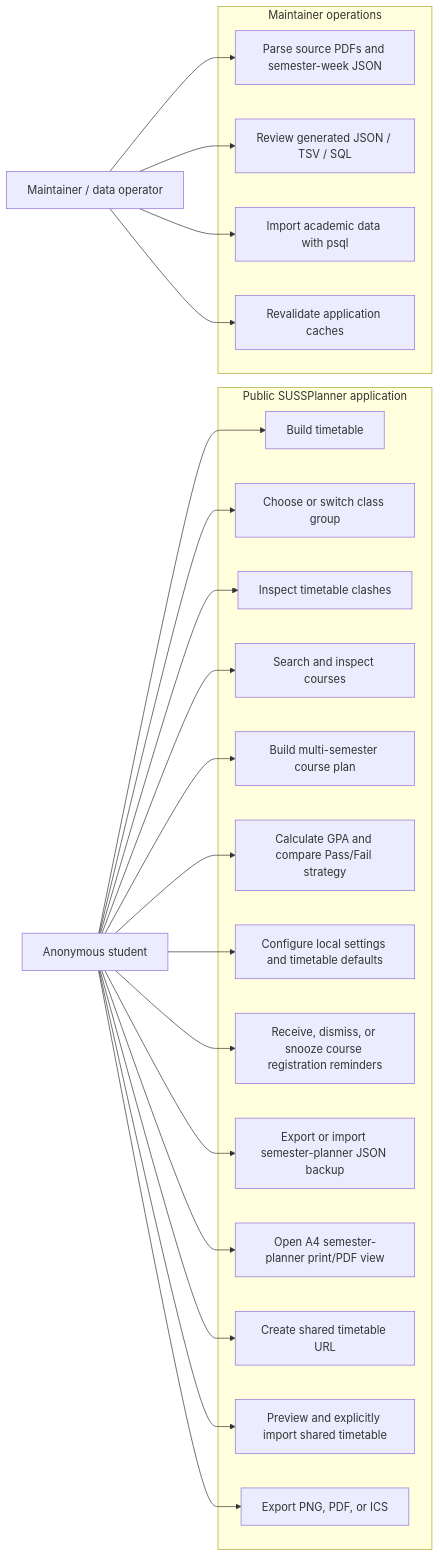
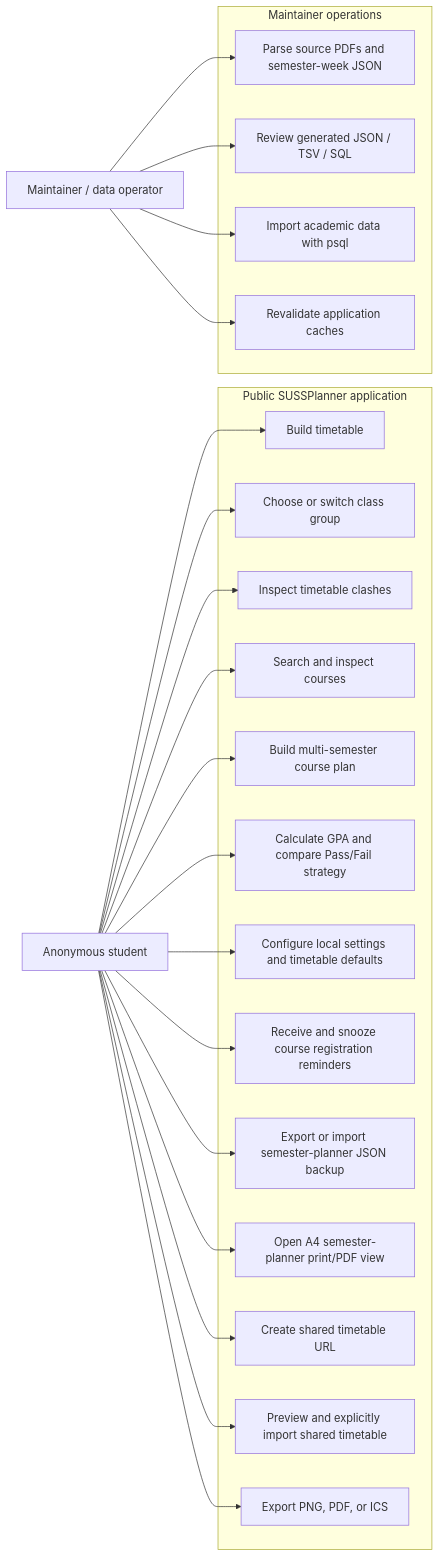
The third of 18 diagrams in docs/DeveloperGuide.md (lester-td/SUSSplanner), drawn with Mermaid before and after one commit. The commit also changed other lines of this file and 7 other files, not shown here.

````diff
--- a/docs/DeveloperGuide.md
+++ b/docs/DeveloperGuide.md
@@ -538,47 +538,47 @@
 ```mermaid
 flowchart LR
     Student["Anonymous student"]
     Maintainer["Maintainer / data operator"]
 
     subgraph PublicApp["Public SUSSPlanner application"]
         Build["Build timetable"]
         Resolve["Choose or switch class group"]
         Clash["Inspect timetable clashes"]
         Search["Search and inspect courses"]
         Study["Build multi-semester course plan"]
         GPA["Calculate GPA and compare Pass/Fail strategy"]
         Settings["Configure local settings and timetable defaults"]
-        Reminders["Receive, dismiss, or snooze course registration reminders"]
+        Reminders["Receive and snooze course registration reminders"]
         Backup["Export or import semester-planner JSON backup"]
         Print["Open A4 semester-planner print/PDF view"]
         Share["Create shared timetable URL"]
         Preview["Preview and explicitly import shared timetable"]
         Export["Export PNG, PDF, or ICS"]
     end
 
     subgraph Operations["Maintainer operations"]
         Parse["Parse source PDFs and semester-week JSON"]
         Review["Review generated JSON / TSV / SQL"]
         Import["Import academic data with psql"]
         Invalidate["Revalidate application caches"]
     end
 
     Student --> Build
     Student --> Resolve
     Student --> Clash
     Student --> Search
     Student --> Study
     Student --> GPA
     Student --> Settings
     Student --> Reminders
     Student --> Backup
     Student --> Print
     Student --> Share
     Student --> Preview
     Student --> Export
 
     Maintainer --> Parse
     Maintainer --> Review
     Maintainer --> Import
     Maintainer --> Invalidate
 ```
````
